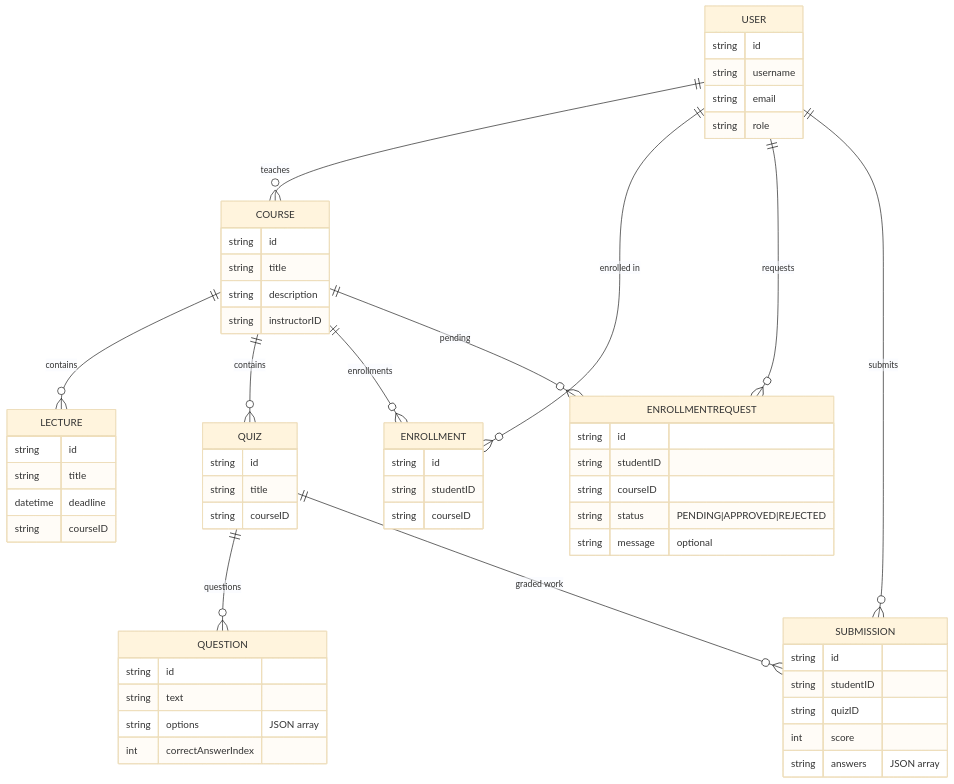
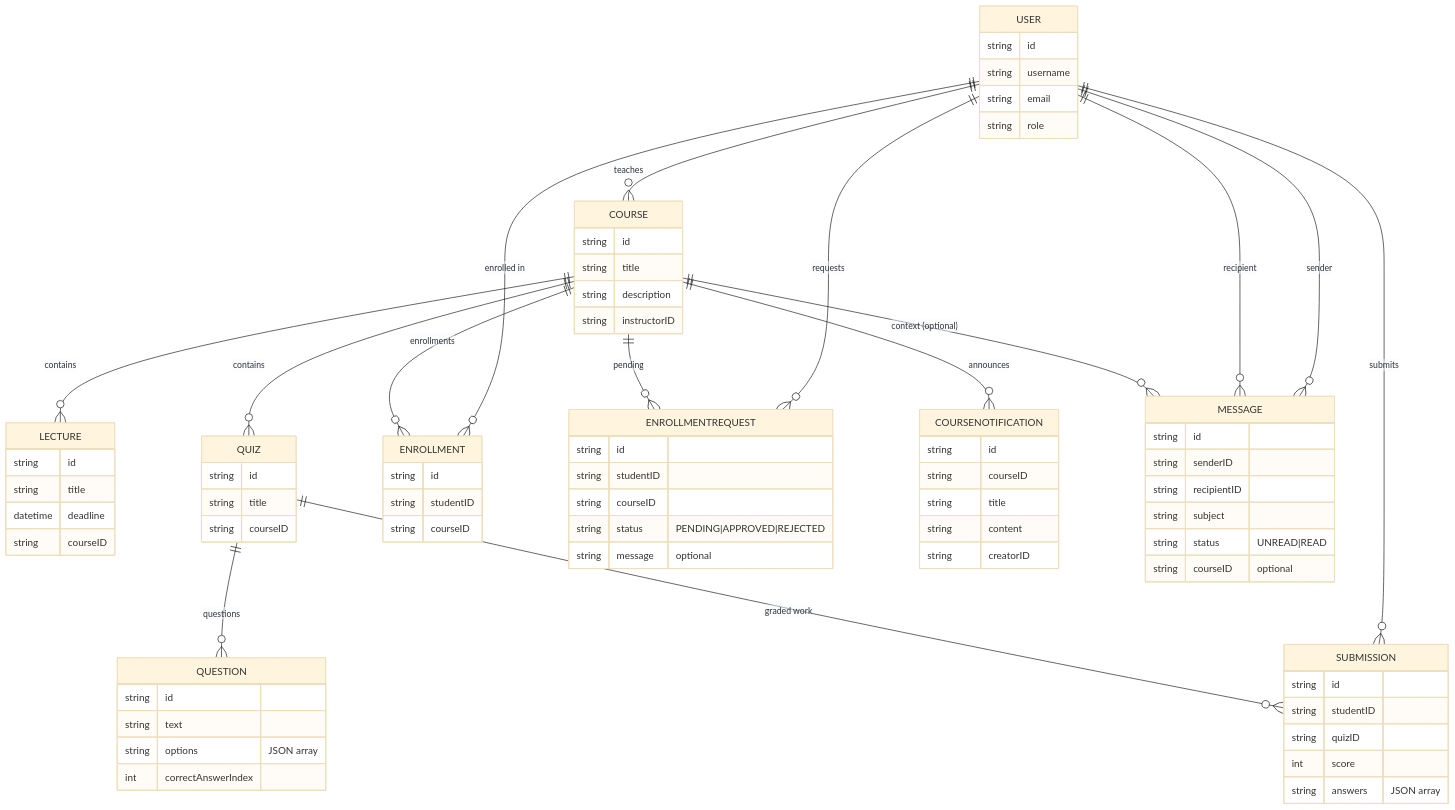
The second of 5 diagrams in README.md (hongphuc-git/aws_lms), drawn with Mermaid (base theme) before and after one commit. The commit also changed other lines of this file and 11 other files, not shown here.

````diff
--- a/README.md
+++ b/README.md
@@ -41,62 +69,81 @@
 ```mermaid
 erDiagram
   USER {
     string id
     string username
     string email
     string role
   }
   COURSE {
     string id
     string title
     string description
     string instructorID
   }
   LECTURE {
     string id
     string title
     datetime deadline
     string courseID
   }
   QUIZ {
     string id
     string title
     string courseID
   }
   QUESTION {
     string id
     string text
     string options "JSON array"
     int correctAnswerIndex
   }
   ENROLLMENT {
     string id
     string studentID
     string courseID
   }
   ENROLLMENTREQUEST {
     string id
     string studentID
     string courseID
     string status "PENDING|APPROVED|REJECTED"
     string message "optional"
   }
   SUBMISSION {
     string id
     string studentID
     string quizID
     int score
     string answers "JSON array"
   }
+  COURSENOTIFICATION {
+    string id
+    string courseID
+    string title
+    string content
+    string creatorID
+  }
+  MESSAGE {
+    string id
+    string senderID
+    string recipientID
+    string subject
+    string status "UNREAD|READ"
+    string courseID "optional"
+  }
 
   USER ||--o{ COURSE : "teaches"
   USER ||--o{ ENROLLMENT : "enrolled in"
   USER ||--o{ ENROLLMENTREQUEST : "requests"
   USER ||--o{ SUBMISSION : "submits"
   COURSE ||--o{ LECTURE : "contains"
   COURSE ||--o{ QUIZ : "contains"
   QUIZ ||--o{ QUESTION : "questions"
   COURSE ||--o{ ENROLLMENT : "enrollments"
   COURSE ||--o{ ENROLLMENTREQUEST : "pending"
   QUIZ ||--o{ SUBMISSION : "graded work"
+  COURSE ||--o{ COURSENOTIFICATION : "announces"
+  USER ||--o{ MESSAGE : "sender"
+  USER ||--o{ MESSAGE : "recipient"
+  COURSE ||--o{ MESSAGE : "context (optional)"
 ```
````
